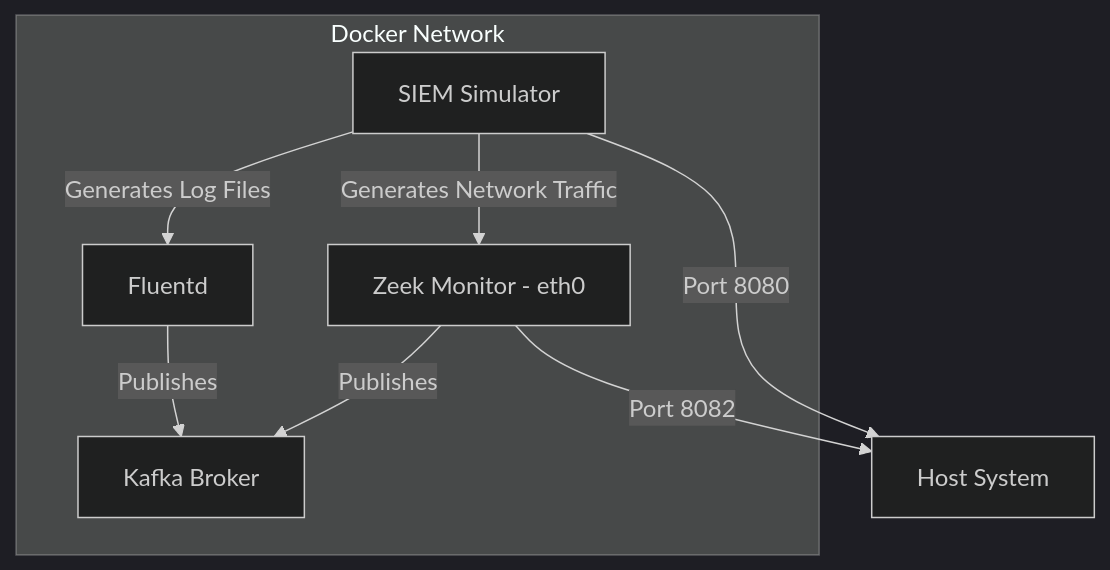
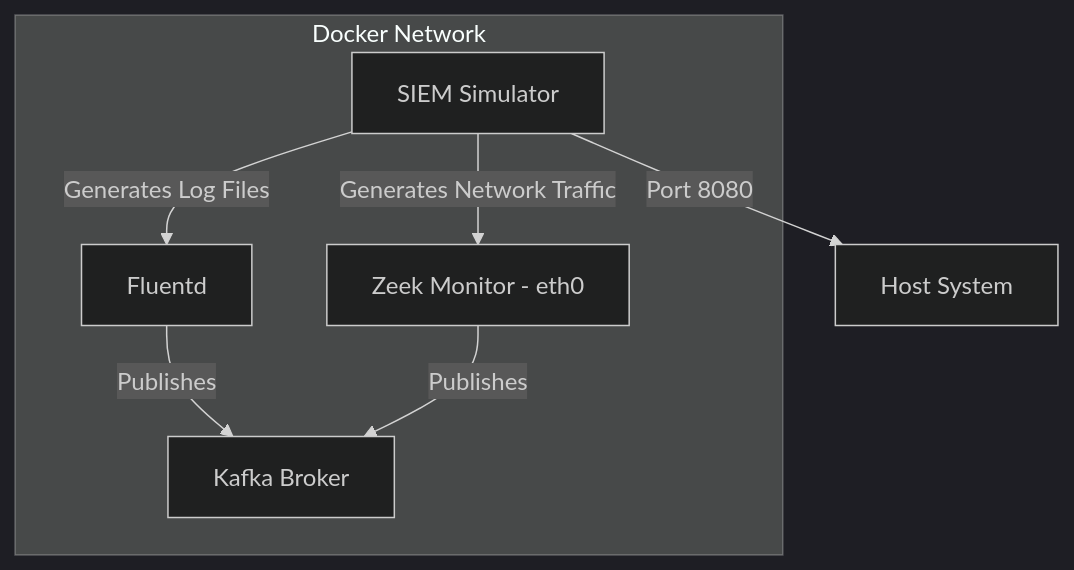
Before and after one commit to snowch/vastdata_siem_demo: the diagram in README.md, drawn with Mermaid (dark theme). The commit also changed other lines of this file and 1 other file, not shown here.

````diff
--- a/README.md
+++ b/README.md
@@ -13,17 +13,16 @@
 ```mermaid
 graph TD
     subgraph "Docker Network"
         Z[Zeek Monitor - eth0]
         S[SIEM Simulator]
         F[Fluentd]
         S -- Generates Log Files --> F
         F -- Publishes --> K
         Z -- Publishes --> K
         S -- Generates Network Traffic --> Z
     end
     H[Host System]
     K[Kafka Broker]
 
     S -- Port 8080 --> H
-    Z -- Port 8082 --> H
 ```
````
